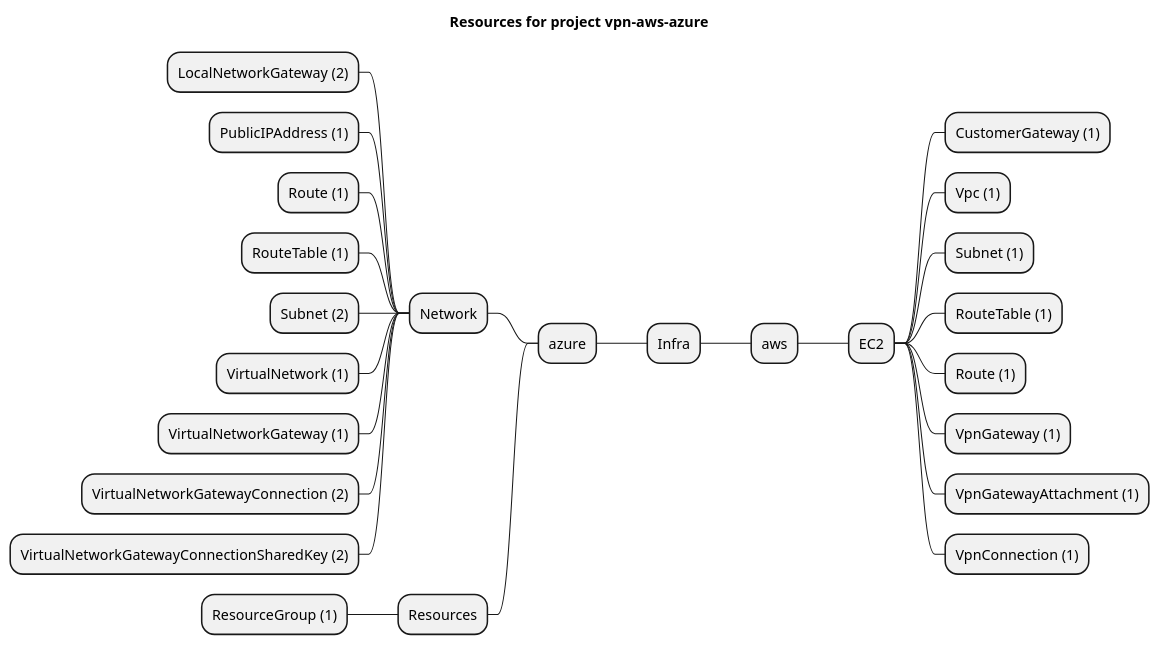
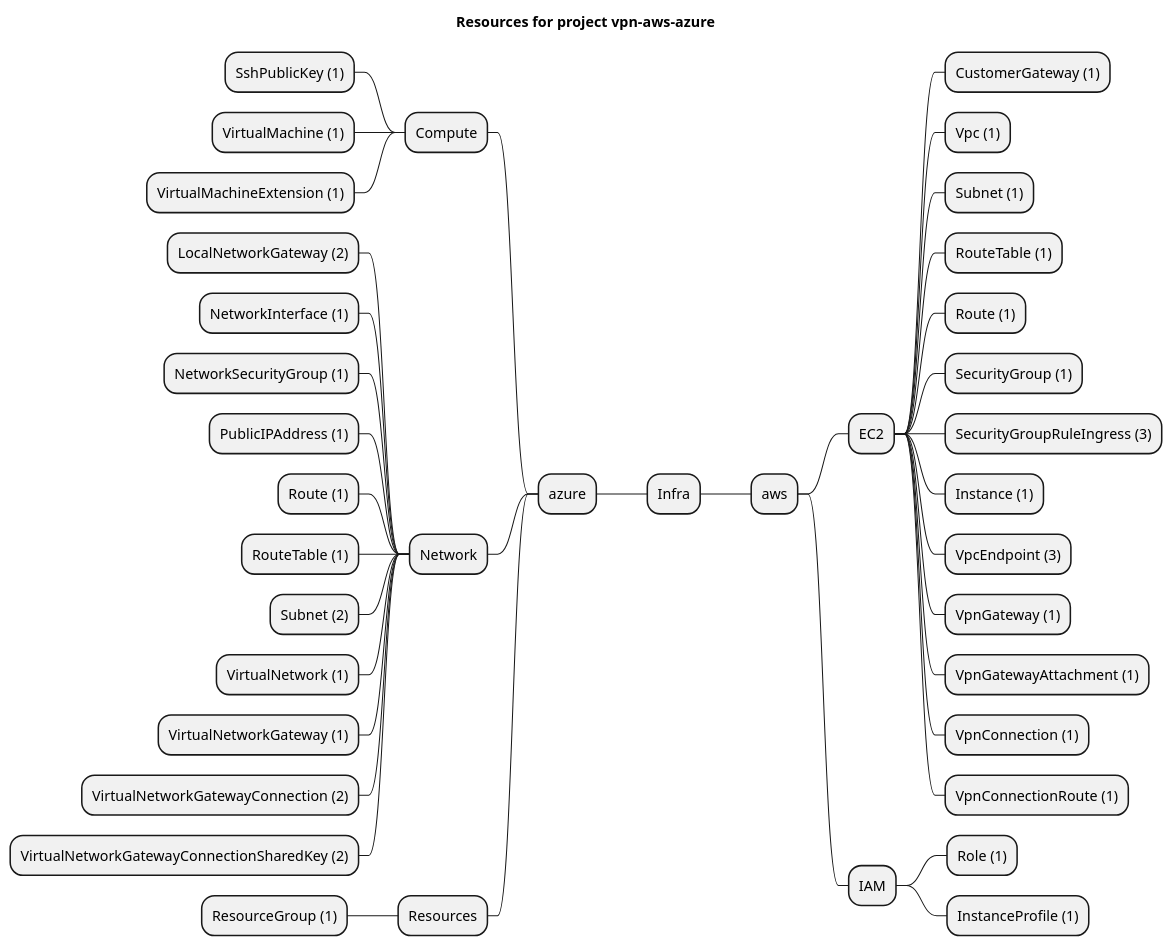
One commit to grucloud/grucloud changed the diagram in examples/cross-cloud/vpn-aws-azure/artifacts/resources-mindmap.puml. Above: the diagram before and after it, drawn with PlantUML. The commit also changed 8 other files, not shown here.

```diff
--- a/examples/cross-cloud/vpn-aws-azure/artifacts/resources-mindmap.puml
+++ b/examples/cross-cloud/vpn-aws-azure/artifacts/resources-mindmap.puml
@@ -1,28 +1,42 @@
 @startmindmap
 title Resources for project vpn-aws-azure
 skinparam monochrome true
 + Infra
 ++ aws
 +++ EC2
 ++++ CustomerGateway (1)
 ++++ Vpc (1)
 ++++ Subnet (1)
 ++++ RouteTable (1)
 ++++ Route (1)
+++++ SecurityGroup (1)
+++++ SecurityGroupRuleIngress (3)
+++++ Instance (1)
+++++ VpcEndpoint (3)
 ++++ VpnGateway (1)
 ++++ VpnGatewayAttachment (1)
 ++++ VpnConnection (1)
+++++ VpnConnectionRoute (1)
++++ IAM
+++++ Role (1)
+++++ InstanceProfile (1)
 -- azure
+--- Compute
+---- SshPublicKey (1)
+---- VirtualMachine (1)
+---- VirtualMachineExtension (1)
 --- Network
 ---- LocalNetworkGateway (2)
+---- NetworkInterface (1)
+---- NetworkSecurityGroup (1)
 ---- PublicIPAddress (1)
 ---- Route (1)
 ---- RouteTable (1)
 ---- Subnet (2)
 ---- VirtualNetwork (1)
 ---- VirtualNetworkGateway (1)
 ---- VirtualNetworkGatewayConnection (2)
 ---- VirtualNetworkGatewayConnectionSharedKey (2)
 --- Resources
 ---- ResourceGroup (1)
 @endmindmap
```
